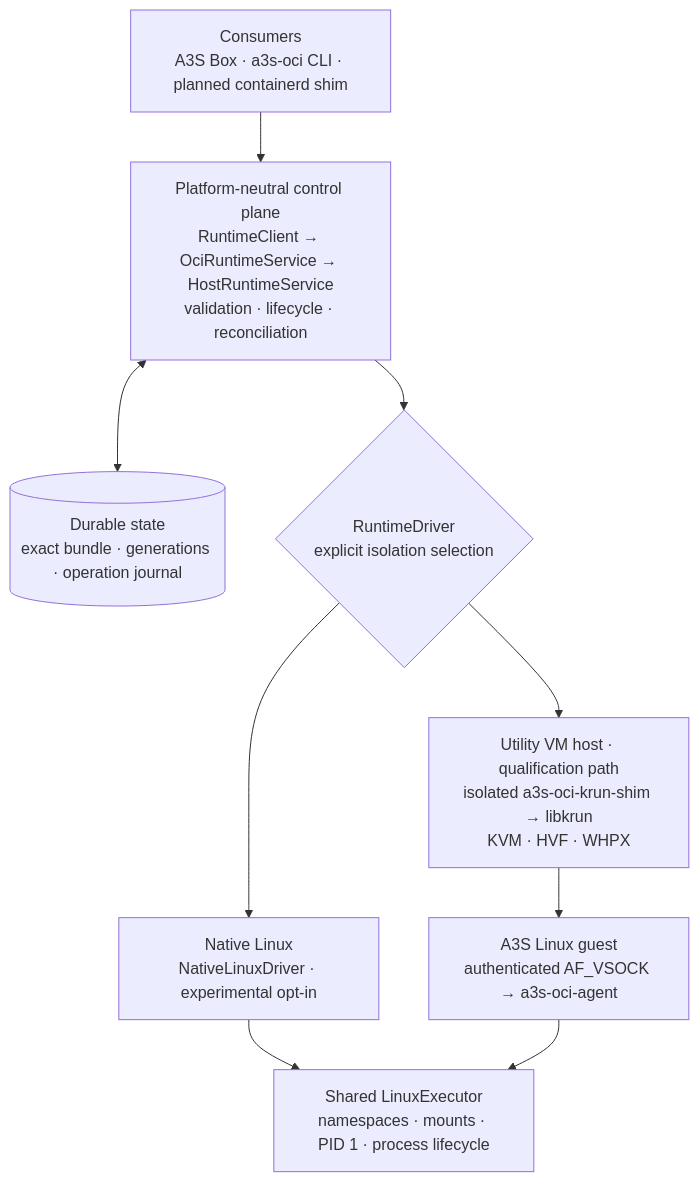
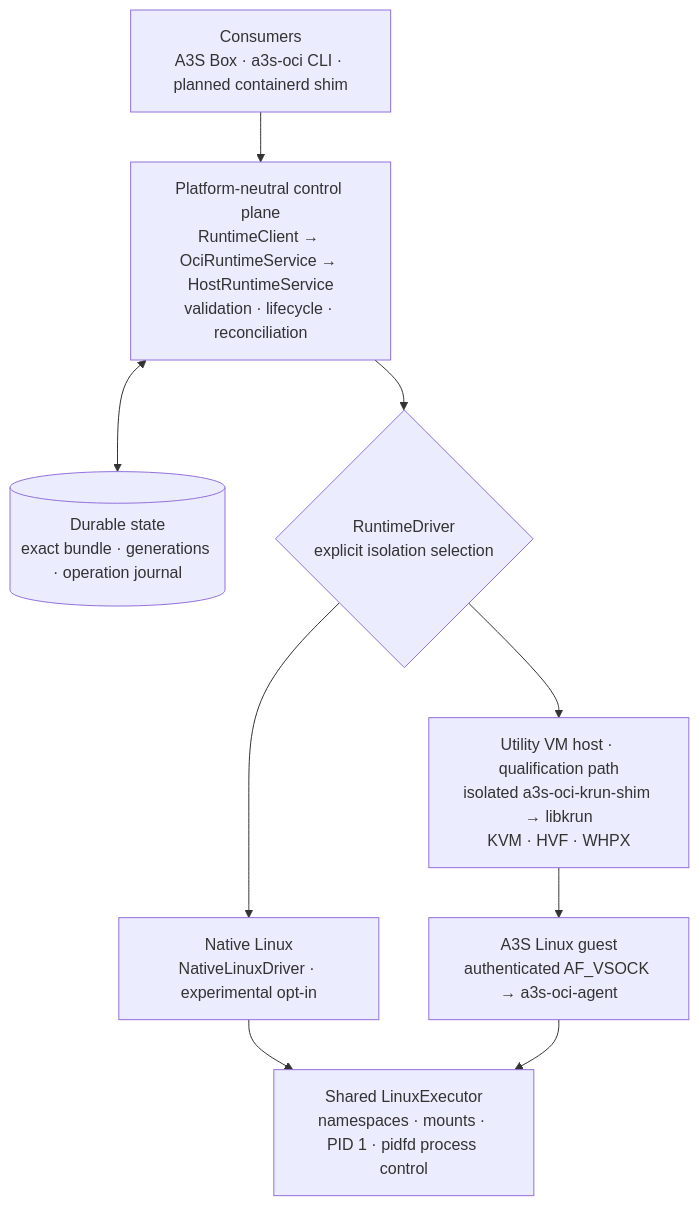
The diagram in README.md (A3S-Lab/OCI-Runtime), drawn with Mermaid before and after one commit. The commit also changed other lines of this file and 11 other files, not shown here.

````diff
--- a/README.md
+++ b/README.md
@@ -469,16 +470,16 @@
 ```mermaid
 flowchart TB
     consumers["Consumers<br/>A3S Box · a3s-oci CLI · planned containerd shim"]
     control["Platform-neutral control plane<br/>RuntimeClient → OciRuntimeService → HostRuntimeService<br/>validation · lifecycle · reconciliation"]
     state[("Durable state<br/>exact bundle · generations · operation journal")]
     selection{"RuntimeDriver<br/>explicit isolation selection"}
     native["Native Linux<br/>NativeLinuxDriver · experimental opt-in"]
     utility["Utility VM host · qualification path<br/>isolated a3s-oci-krun-shim → libkrun<br/>KVM · HVF · WHPX"]
     agent["A3S Linux guest<br/>authenticated AF_VSOCK → a3s-oci-agent"]
-    executor["Shared LinuxExecutor<br/>namespaces · mounts · PID 1 · process lifecycle"]
+    executor["Shared LinuxExecutor<br/>namespaces · mounts · PID 1 · pidfd process control"]
 
     consumers --> control --> selection
     control <--> state
     selection --> native --> executor
     selection --> utility --> agent --> executor
 ```
````
